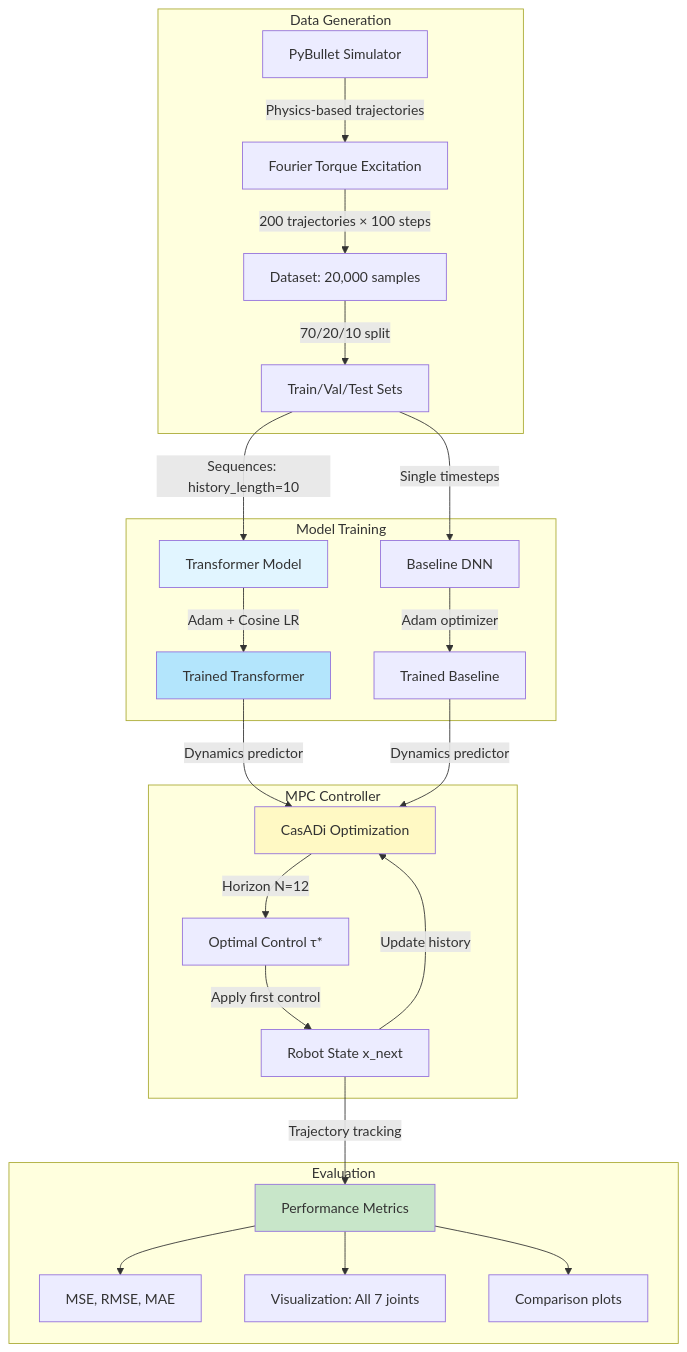
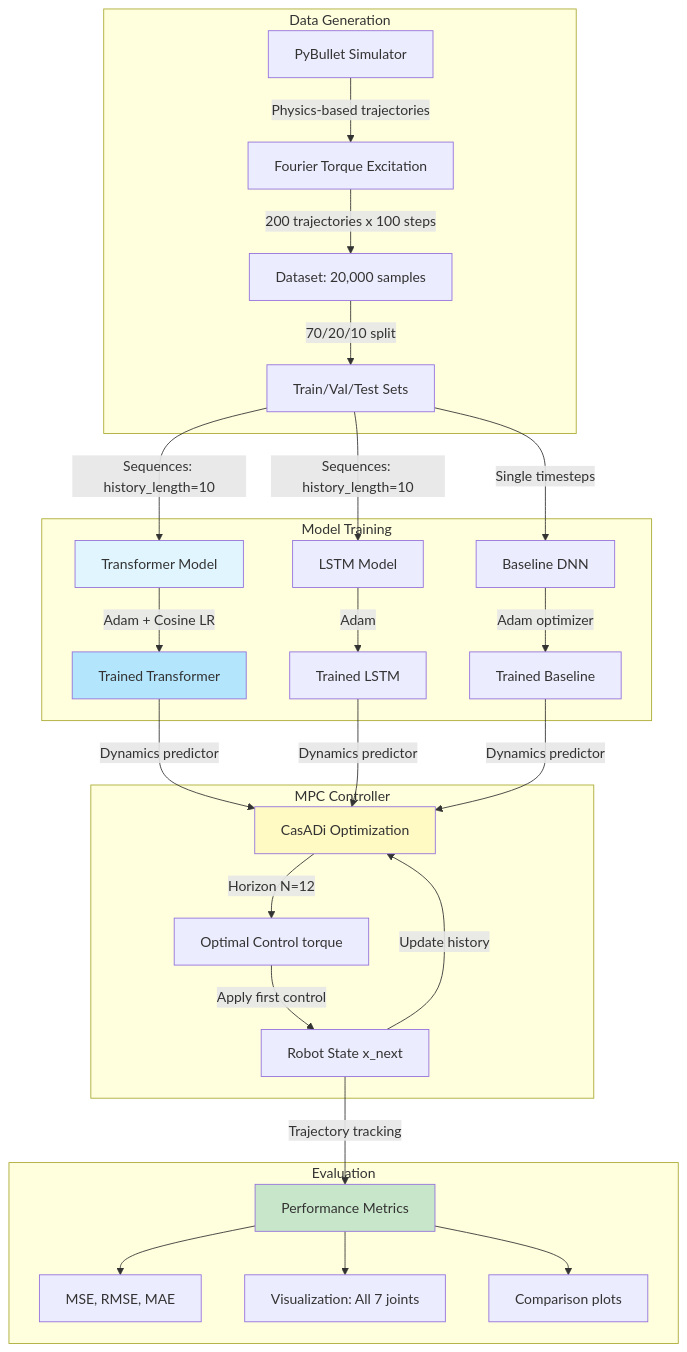
Before and after one commit to anushtup-nandy/Transformer-based-MPC-for-7DoF-Robotic-Arm: the first of 2 diagrams in README.md, drawn with Mermaid. The commit also changed other lines of this file, not shown here.

````diff
--- a/README.md
+++ b/README.md
@@ -61,35 +61,38 @@
 ```mermaid
 flowchart TB
     subgraph Data Generation
         A[PyBullet Simulator] -->|Physics-based trajectories| B[Fourier Torque Excitation]
-        B -->|200 trajectories × 100 steps| C[Dataset: 20,000 samples]
+        B -->|200 trajectories x 100 steps| C[Dataset: 20,000 samples]
         C -->|70/20/10 split| D[Train/Val/Test Sets]
     end
     
     subgraph Model Training
         D -->|Sequences: history_length=10| E[Transformer Model]
+        D -->|Sequences: history_length=10| L[LSTM Model]
         D -->|Single timesteps| F[Baseline DNN]
         E -->|Adam + Cosine LR| G[Trained Transformer]
+        L -->|Adam| M[Trained LSTM]
         F -->|Adam optimizer| H[Trained Baseline]
     end
     
     subgraph MPC Controller
         G -->|Dynamics predictor| I[CasADi Optimization]
+        M -->|Dynamics predictor| I
         H -->|Dynamics predictor| I
-        I -->|Horizon N=12| J[Optimal Control τ*]
+        I -->|Horizon N=12| J[Optimal Control torque]
         J -->|Apply first control| K[Robot State x_next]
         K -->|Update history| I
     end
     
     subgraph Evaluation
-        K -->|Trajectory tracking| L[Performance Metrics]
-        L --> M[MSE, RMSE, MAE]
-        L --> N[Visualization: All 7 joints]
-        L --> O[Comparison plots]
+        K -->|Trajectory tracking| Eval[Performance Metrics]
+        Eval --> Score[MSE, RMSE, MAE]
+        Eval --> Viz[Visualization: All 7 joints]
+        Eval --> Plot[Comparison plots]
     end
     
     style E fill:#e1f5ff
     style G fill:#b3e5fc
     style I fill:#fff9c4
-    style L fill:#c8e6c9
+    style Eval fill:#c8e6c9
 ```
````
